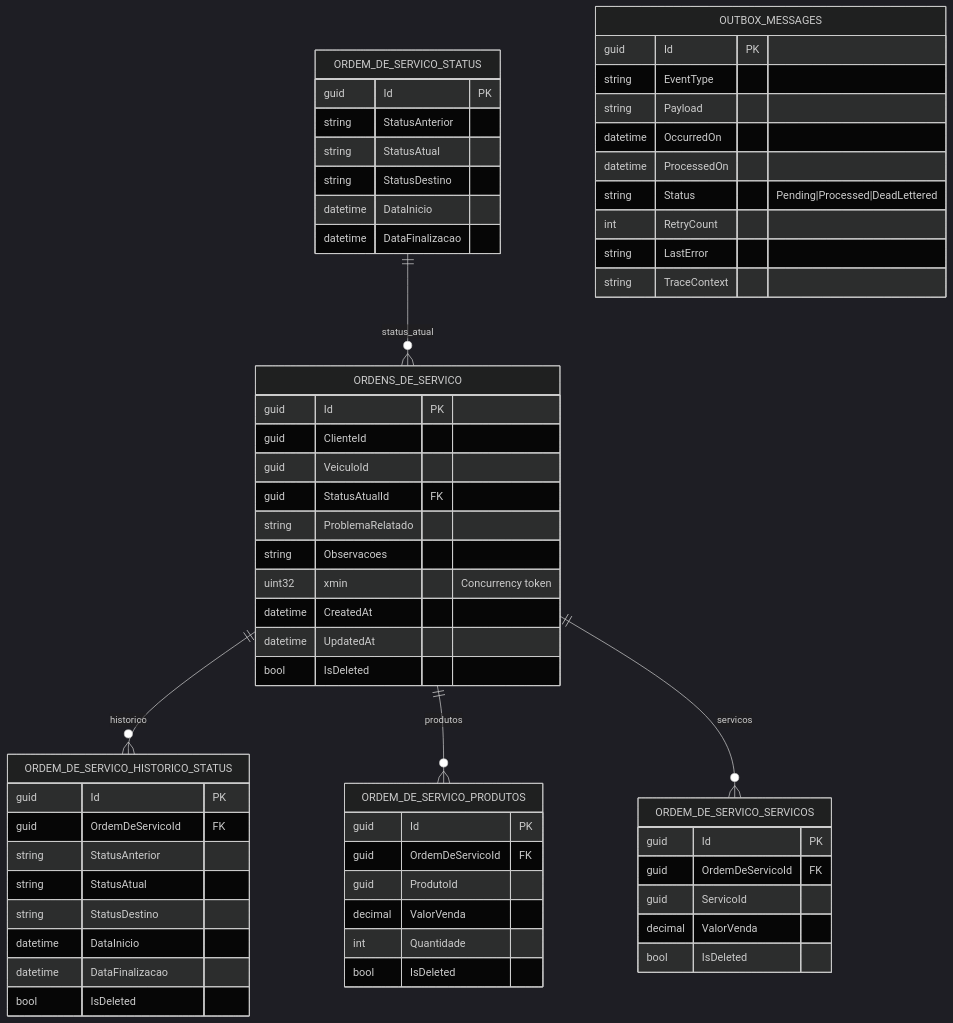
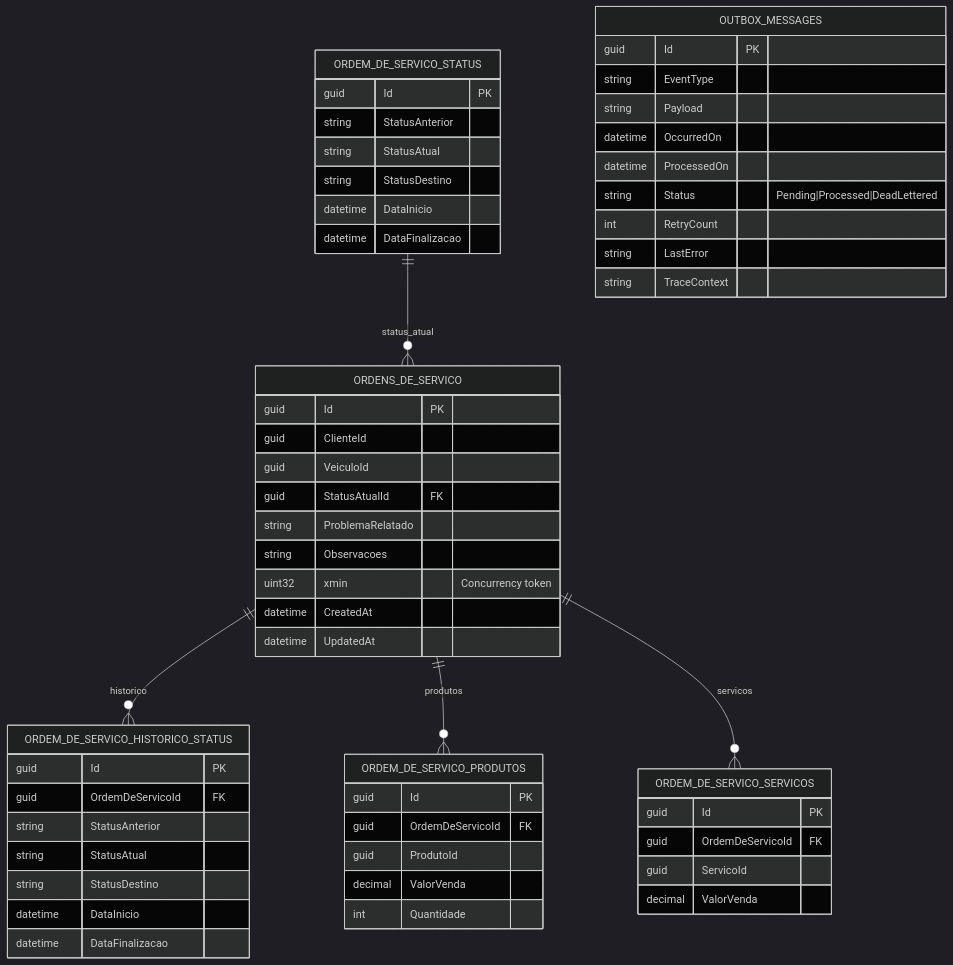
Before and after one commit to fiap-challenge-13soat/mecanica-hermes-api-ordem-servico: the diagram in docs/database.md, drawn with Mermaid (dark theme). The commit also changed other lines of this file and 8 other files, not shown here.

````diff
--- a/docs/database.md
+++ b/docs/database.md
@@ -20,69 +19,65 @@
 ```mermaid
 erDiagram
     ORDENS_DE_SERVICO ||--o{ ORDEM_DE_SERVICO_HISTORICO_STATUS : historico
     ORDENS_DE_SERVICO ||--o{ ORDEM_DE_SERVICO_PRODUTOS : produtos
     ORDENS_DE_SERVICO ||--o{ ORDEM_DE_SERVICO_SERVICOS : servicos
     ORDEM_DE_SERVICO_STATUS ||--o{ ORDENS_DE_SERVICO : status_atual
 
     ORDENS_DE_SERVICO {
       guid Id PK
       guid ClienteId
       guid VeiculoId
       guid StatusAtualId FK
       string ProblemaRelatado
       string Observacoes
       uint32 xmin "Concurrency token"
       datetime CreatedAt
       datetime UpdatedAt
-      bool IsDeleted
     }
 
     ORDEM_DE_SERVICO_STATUS {
       guid Id PK
       string StatusAnterior
       string StatusAtual
       string StatusDestino
       datetime DataInicio
       datetime DataFinalizacao
     }
 
     ORDEM_DE_SERVICO_HISTORICO_STATUS {
       guid Id PK
       guid OrdemDeServicoId FK
       string StatusAnterior
       string StatusAtual
       string StatusDestino
       datetime DataInicio
       datetime DataFinalizacao
-      bool IsDeleted
     }
 
     ORDEM_DE_SERVICO_PRODUTOS {
       guid Id PK
       guid OrdemDeServicoId FK
       guid ProdutoId
       decimal ValorVenda
       int Quantidade
-      bool IsDeleted
     }
 
     ORDEM_DE_SERVICO_SERVICOS {
       guid Id PK
       guid OrdemDeServicoId FK
       guid ServicoId
       decimal ValorVenda
-      bool IsDeleted
     }
 
     OUTBOX_MESSAGES {
       guid Id PK
       string EventType
       string Payload
       datetime OccurredOn
       datetime ProcessedOn
       string Status "Pending|Processed|DeadLettered"
       int RetryCount
       string LastError
       string TraceContext
     }
 ```
````
